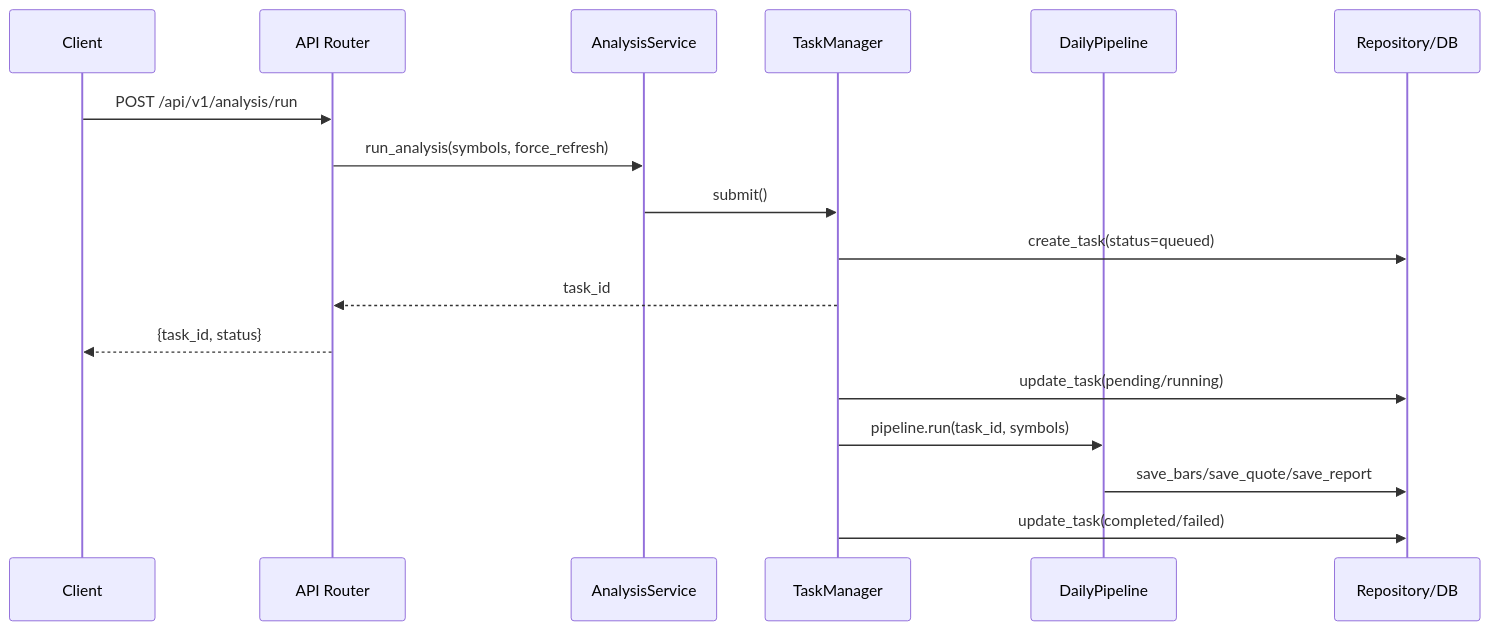
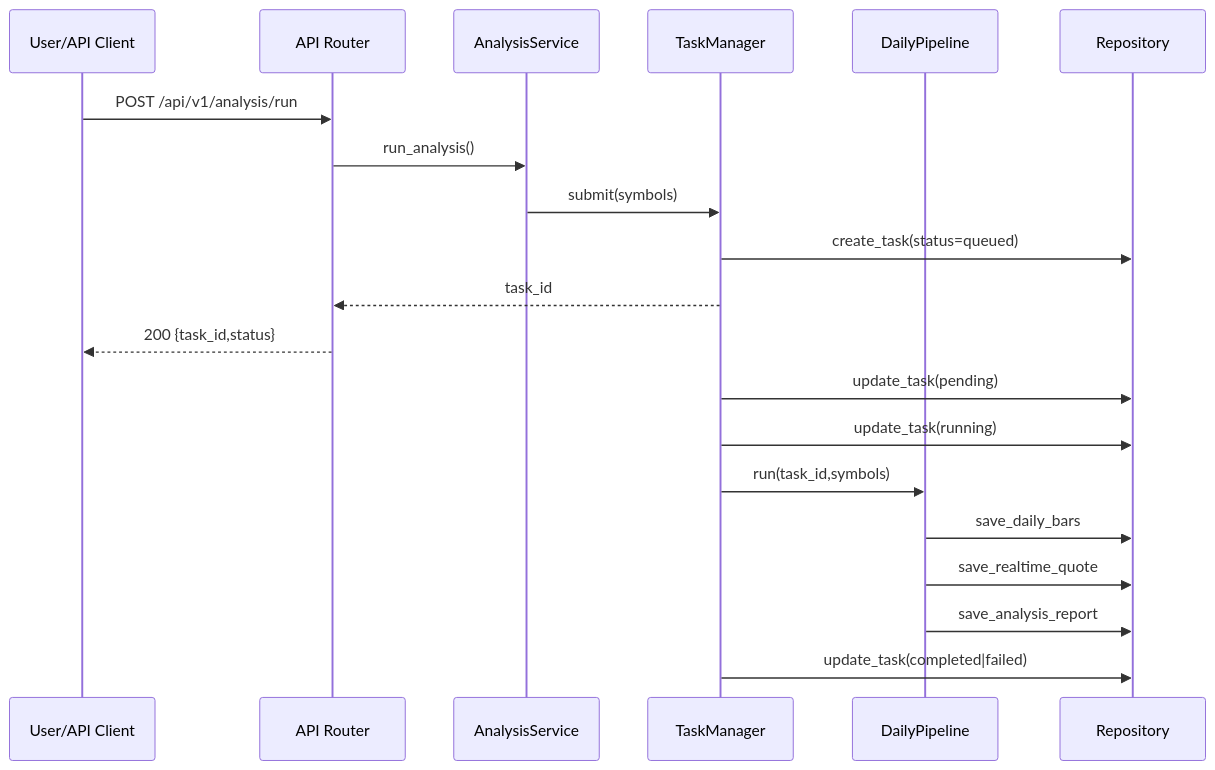
Before and after one commit to Tendo33/daily_ETF_analysis: the second of 6 diagrams in docs/PROJECT_ARCHITECTURE_LLM_REPORT.md, drawn with Mermaid. The commit also changed other lines of this file and 52 other files, not shown here.

First line of the commit message:
Update API endpoints and documentation for analysis runs and reports

````diff
--- a/docs/PROJECT_ARCHITECTURE_LLM_REPORT.md
+++ b/docs/PROJECT_ARCHITECTURE_LLM_REPORT.md
@@ -108,21 +213,24 @@
 ```mermaid
 sequenceDiagram
-  participant C as Client
+  participant U as User/API Client
   participant R as API Router
   participant S as AnalysisService
   participant T as TaskManager
   participant P as DailyPipeline
-  participant DB as Repository/DB
+  participant DB as Repository
 
-  C->>R: POST /api/v1/analysis/run
-  R->>S: run_analysis(symbols, force_refresh)
-  S->>T: submit()
+  U->>R: POST /api/v1/analysis/run
+  R->>S: run_analysis()
+  S->>T: submit(symbols)
   T->>DB: create_task(status=queued)
   T-->>R: task_id
-  R-->>C: {task_id, status}
+  R-->>U: 200 {task_id,status}
 
-  T->>DB: update_task(pending/running)
-  T->>P: pipeline.run(task_id, symbols)
-  P->>DB: save_bars/save_quote/save_report
-  T->>DB: update_task(completed/failed)
+  T->>DB: update_task(pending)
+  T->>DB: update_task(running)
+  T->>P: run(task_id,symbols)
+  P->>DB: save_daily_bars
+  P->>DB: save_realtime_quote
+  P->>DB: save_analysis_report
+  T->>DB: update_task(completed|failed)
 ```
````
